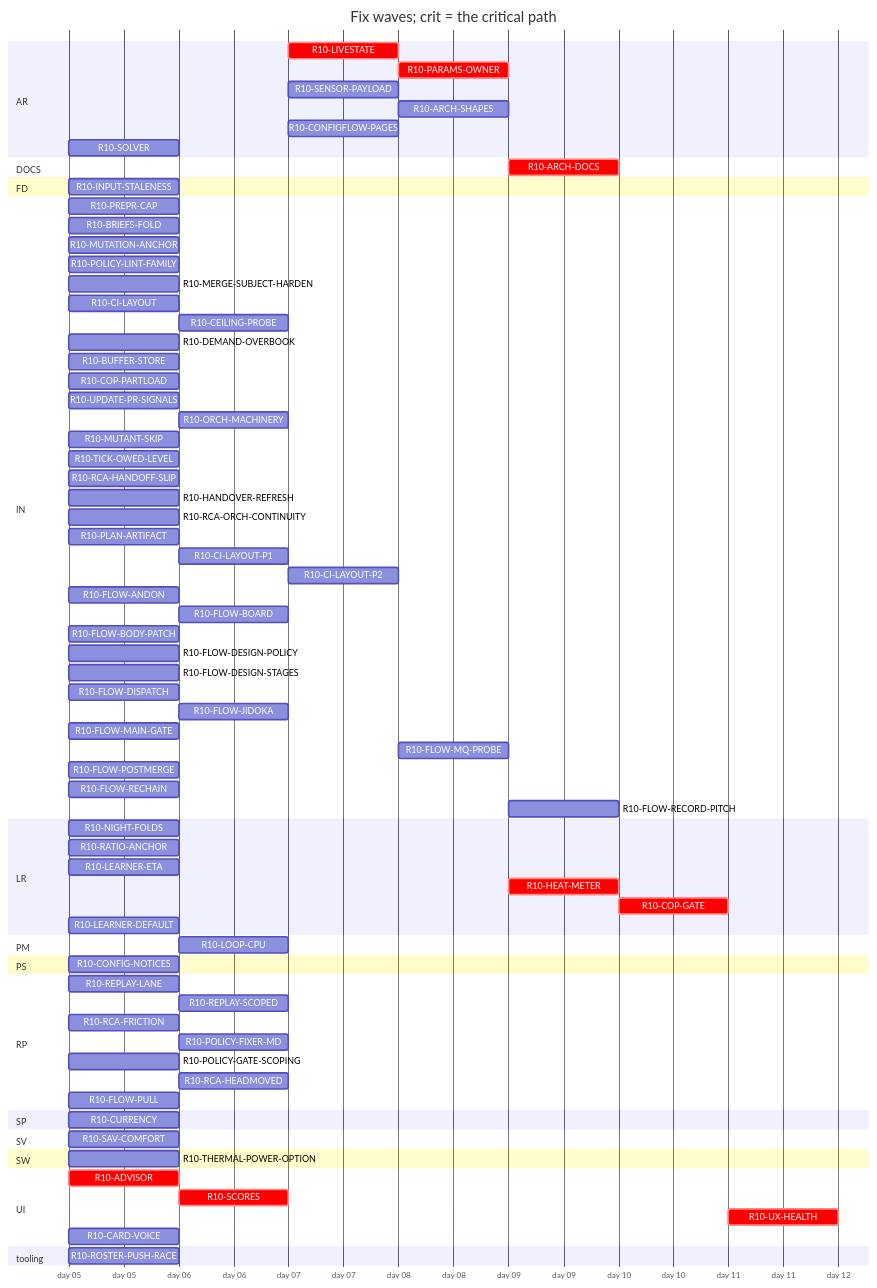
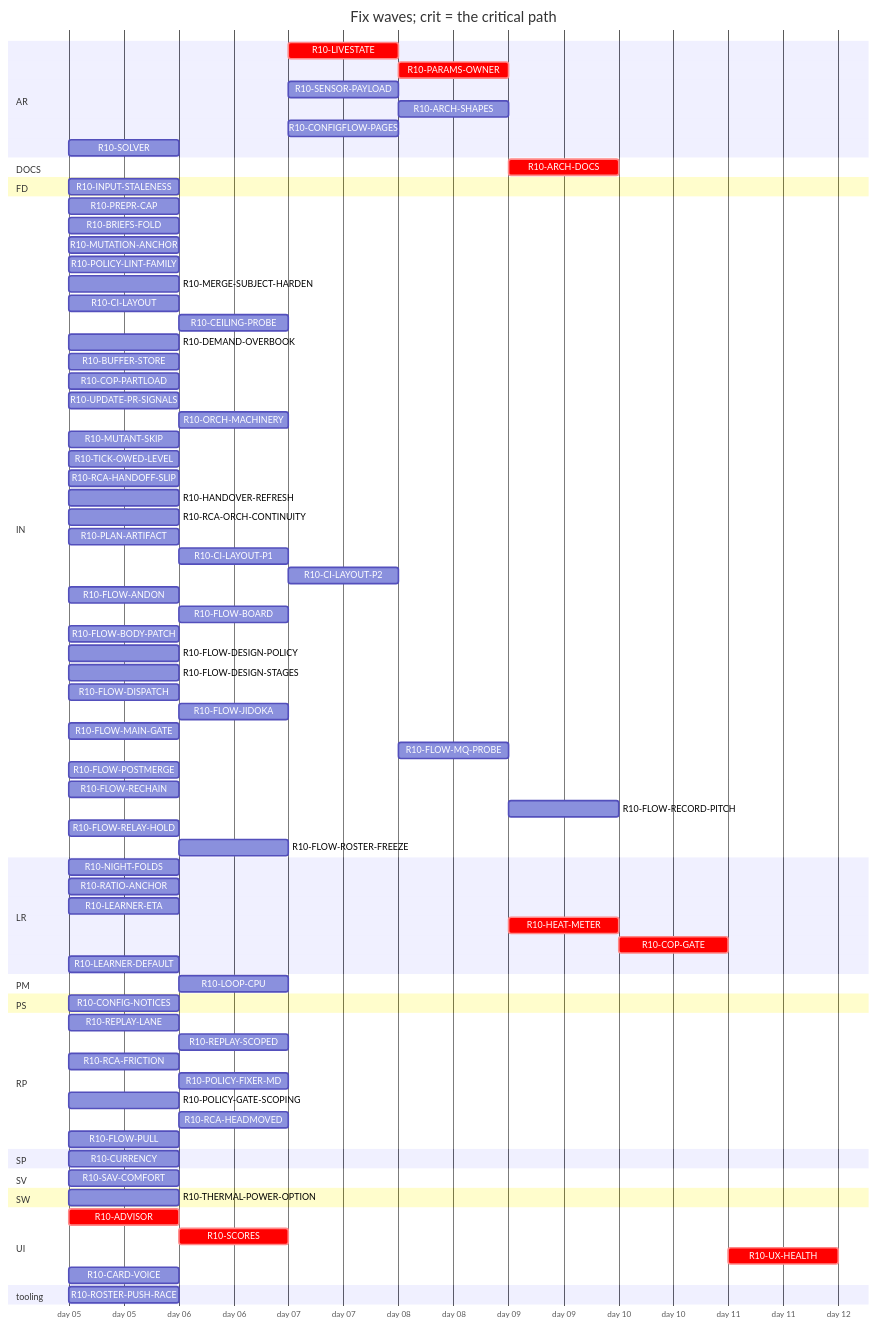
Before and after one commit to tvofi/heatpump_optimizer: the diagram in handoff/round10/state/PLAN-TABLE.md, drawn with Mermaid. The commit also changed other lines of this file and 2 other files, not shown here.

```diff
--- a/handoff/round10/state/PLAN-TABLE.md
+++ b/handoff/round10/state/PLAN-TABLE.md
@@ -72,6 +72,8 @@
     R10-FLOW-POSTMERGE :r10FLOWPOSTMERGE, 2026-01-05, 1d
     R10-FLOW-RECHAIN :r10FLOWRECHAIN, 2026-01-05, 1d
     R10-FLOW-RECORD-PITCH :r10FLOWRECORDPITCH, after r10CILAYOUTP2 r10FLOWPULL r10FLOWMQPROBE, 1d
+    R10-FLOW-RELAY-HOLD :r10FLOWRELAYHOLD, 2026-01-05, 1d
+    R10-FLOW-ROSTER-FREEZE :r10FLOWROSTERFREEZE, after r10FLOWRELAYHOLD, 1d
   section LR
     R10-NIGHT-FOLDS :r10NIGHTFOLDS, 2026-01-05, 1d
     R10-RATIO-ANCHOR :r10RATIOANCHOR, 2026-01-05, 1d
```
